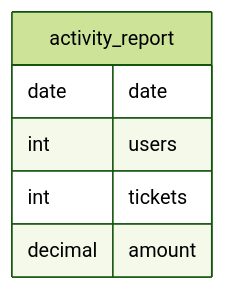
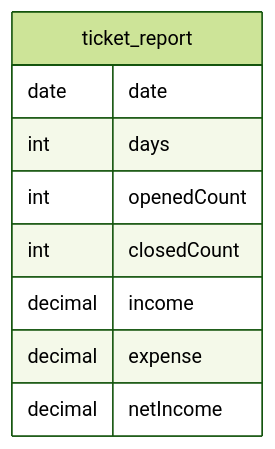
Before and after one commit to coinhub-uit/coinhub-uit.github.io: the first of 2 diagrams in docs/diagrams/database/ticket-report.md, drawn with Mermaid (forest theme). The commit also changed other lines of this file and 1 other file, not shown here.

Commit message:
fix(db-report): wrong sth

````diff
--- a/docs/diagrams/database/ticket-report.md
+++ b/docs/diagrams/database/ticket-report.md
@@ -11,9 +11,12 @@
 ```mermaid
 erDiagram
-  activity_report {
+  ticket_report {
     date date
-    int users
-    int tickets
-    decimal amount
+    int days
+    int openedCount
+    int closedCount
+    decimal income
+    decimal expense
+    decimal netIncome
   }
 ```
````
